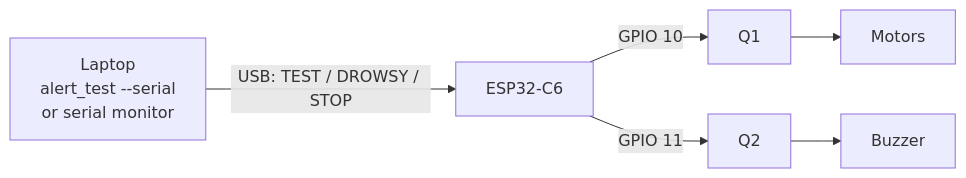
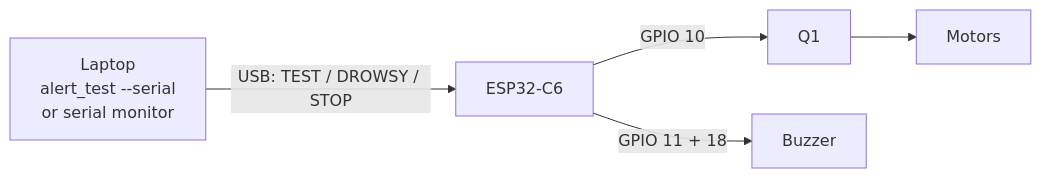
Before and after one commit to KendracNguyen/DRIFTS: the second of 3 diagrams in Docs/alert-chain-test.md, drawn with Mermaid. The commit also changed other lines of this file and 25 other files, not shown here.

First line of the commit message:
Buzzer: differential piezo drive on GPIO 11 + 18 at 5 kHz; schematic rev 4

````diff
--- a/Docs/alert-chain-test.md
+++ b/Docs/alert-chain-test.md
@@ -45,6 +45,6 @@
 ```mermaid
 flowchart LR
   PC["Laptop<br/>alert_test --serial<br/>or serial monitor"] -- "USB: TEST / DROWSY / STOP" --> ESP["ESP32-C6"]
   ESP -- "GPIO 10" --> Q1["Q1"] --> M["Motors"]
-  ESP -- "GPIO 11" --> Q2["Q2"] --> B["Buzzer"]
+  ESP -- "GPIO 11 + 18" --> B["Buzzer"]
 ```
````
